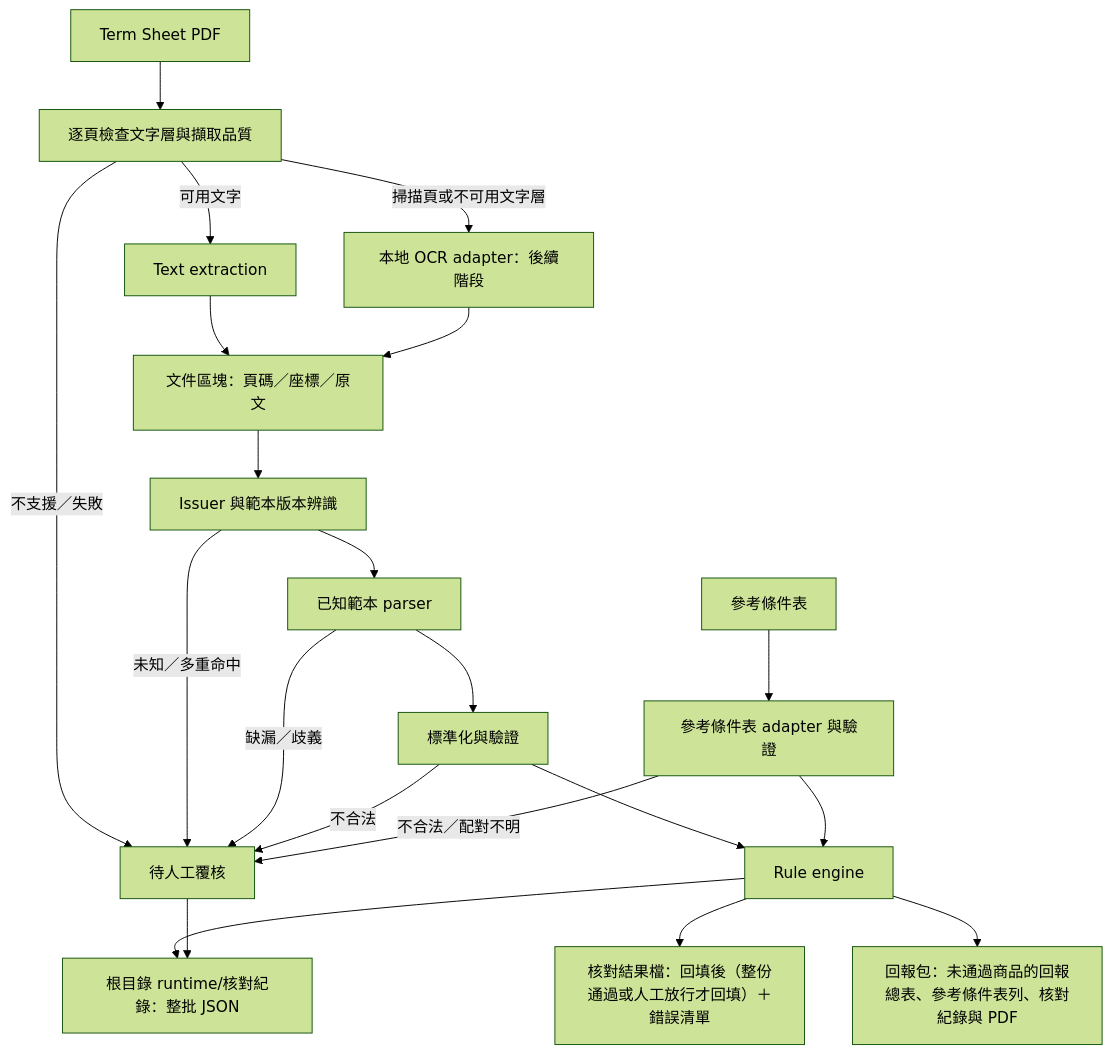
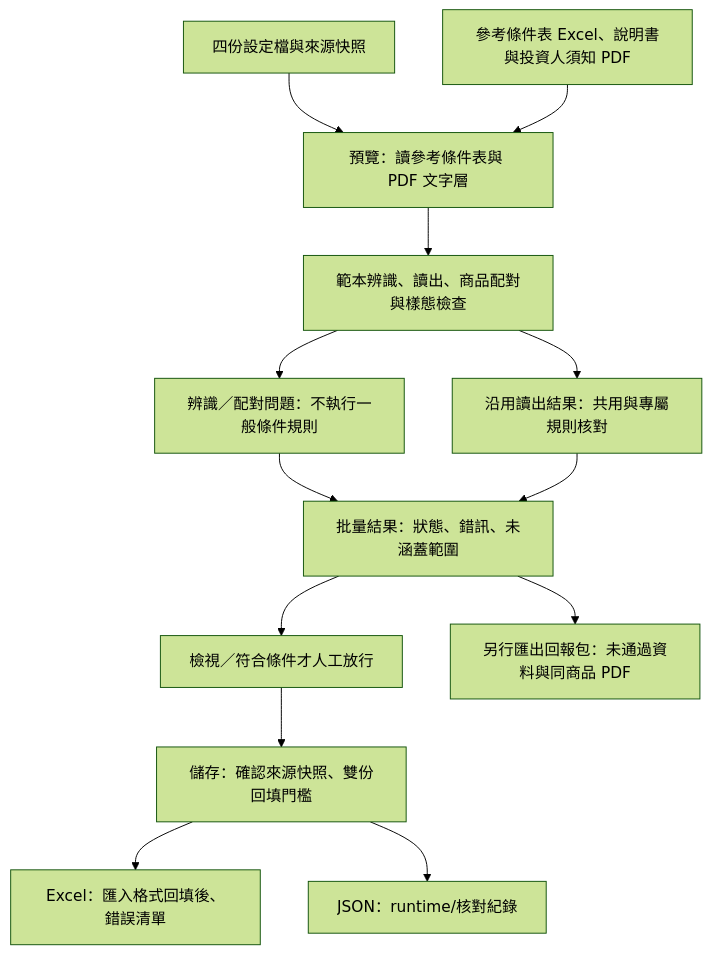
Before and after one commit to TaylorYam/fcn-term-sheet-checker: the diagram in docs/architecture.md, drawn with Mermaid (forest theme). The commit also changed other lines of this file and 46 other files, not shown here.

````diff
--- a/docs/architecture.md
+++ b/docs/architecture.md
@@ -11,23 +11,15 @@
 ```mermaid
 flowchart TD
-    A[Term Sheet PDF] --> B[逐頁檢查文字層與擷取品質]
-    B -->|可用文字| C[Text extraction]
-    B -->|掃描頁或不可用文字層| D[本地 OCR adapter：後續階段]
-    C --> E[文件區塊：頁碼／座標／原文]
-    D --> E
-    E --> F[Issuer 與範本版本辨識]
-    F --> G[已知範本 parser]
-    G --> H[標準化與驗證]
-    O[參考條件表] --> P[參考條件表 adapter 與驗證]
-    H --> R[Rule engine]
-    P --> R
-    R --> S[根目錄 runtime/核對紀錄：整批 JSON]
-    R --> W[核對結果檔：回填後（整份通過或人工放行才回填）＋錯誤清單]
-    R --> RB[回報包：未通過商品的回報總表、參考條件表列、核對紀錄與 PDF]
-    B -->|不支援／失敗| X[待人工覆核]
-    F -->|未知／多重命中| X
-    G -->|缺漏／歧義| X
-    H -->|不合法| X
-    P -->|不合法／配對不明| X
-    X --> S
+    C[四份設定檔與來源快照] --> P[預覽：讀參考條件表與 PDF 文字層]
+    I[參考條件表 Excel、說明書與投資人須知 PDF] --> P
+    P --> D[範本辨識、讀出、商品配對與樣態檢查]
+    D --> R[沿用讀出結果：共用與專屬規則核對]
+    D --> X[辨識／配對問題：不執行一般條件規則]
+    X --> O[批量結果：狀態、錯訊、未涵蓋範圍]
+    R --> O
+    O --> A[檢視／符合條件才人工放行]
+    A --> S[儲存：確認來源快照、雙份回填門檻]
+    S --> W[Excel：匯入格式回填後、錯誤清單]
+    S --> J[JSON：runtime/核對紀錄]
+    O --> B[另行匯出回報包：未通過資料與同商品 PDF]
 ```
````
